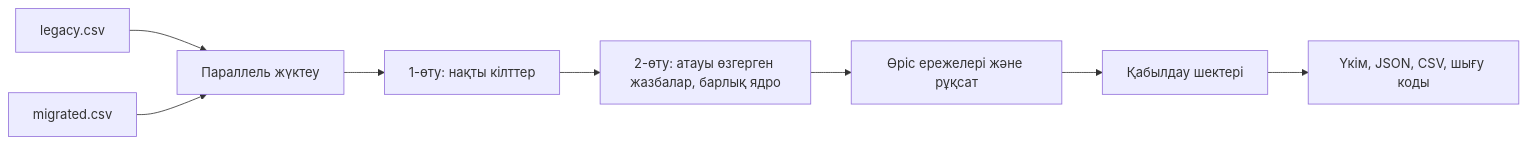
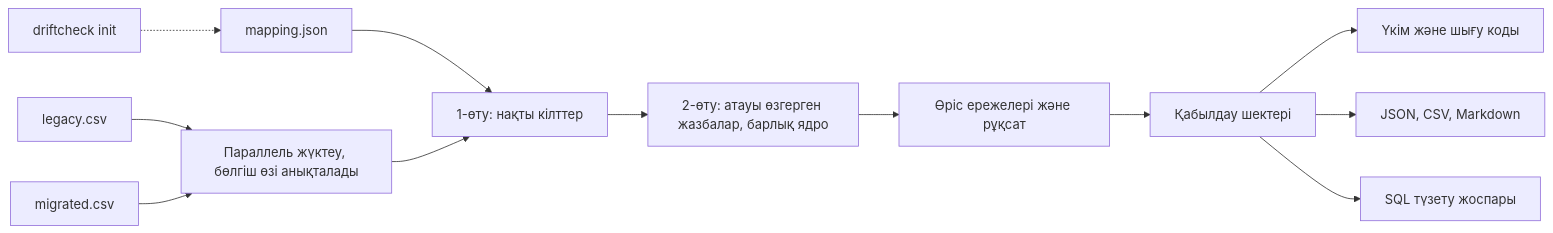
Before and after one commit to artyom129/driftcheck: the diagram in README.kk.md, drawn with Mermaid. The commit also changed other lines of this file and 13 other files, not shown here.

First line of the commit message:
driftcheck 0.2.0: init, per-field breakdown, SQL patch plan, Markdown summary, delimiter detection

````diff
--- a/README.kk.md
+++ b/README.kk.md
@@ -76,10 +124,14 @@
 ```mermaid
 flowchart LR
-    A["legacy.csv"] --> L["Параллель жүктеу"]
+    A["legacy.csv"] --> L["Параллель жүктеу, бөлгіш өзі анықталады"]
     B["migrated.csv"] --> L
+    I["driftcheck init"] -.-> C["mapping.json"]
+    C --> K
     L --> K["1-өту: нақты кілттер"]
     K --> F["2-өту: атауы өзгерген жазбалар, барлық ядро"]
     F --> D["Өріс ережелері және рұқсат"]
     D --> G["Қабылдау шектері"]
-    G --> V["Үкім, JSON, CSV, шығу коды"]
+    G --> V["Үкім және шығу коды"]
+    G --> R["JSON, CSV, Markdown"]
+    G --> P["SQL түзету жоспары"]
 ```
````
